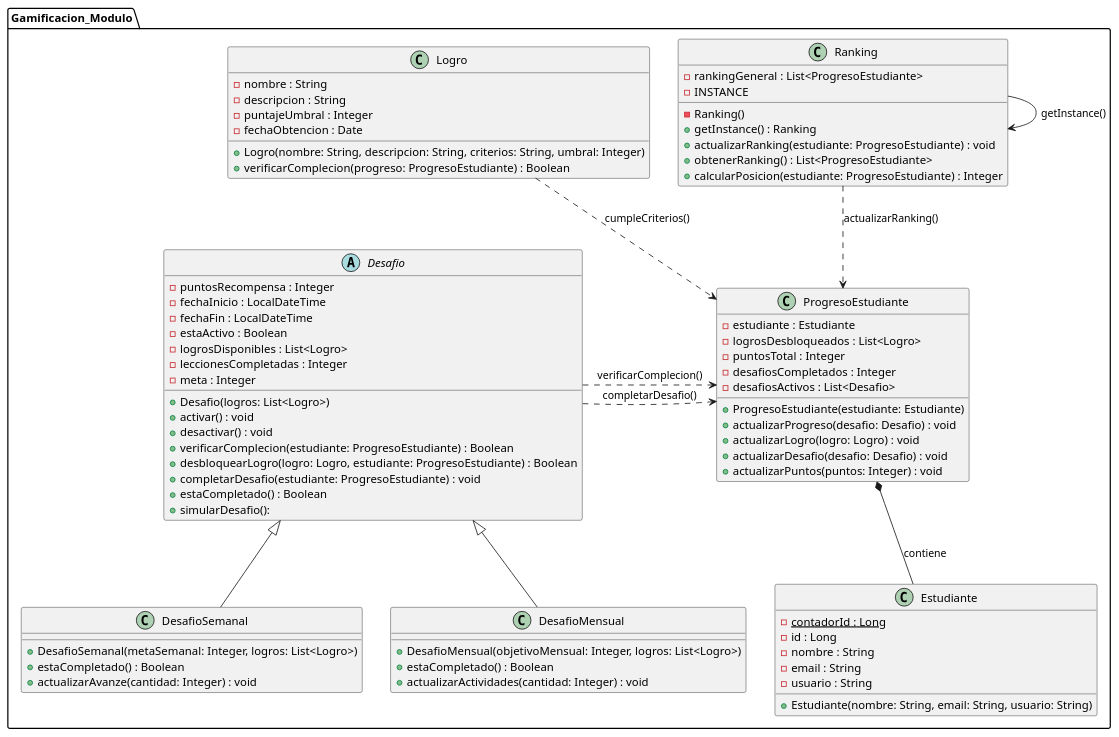
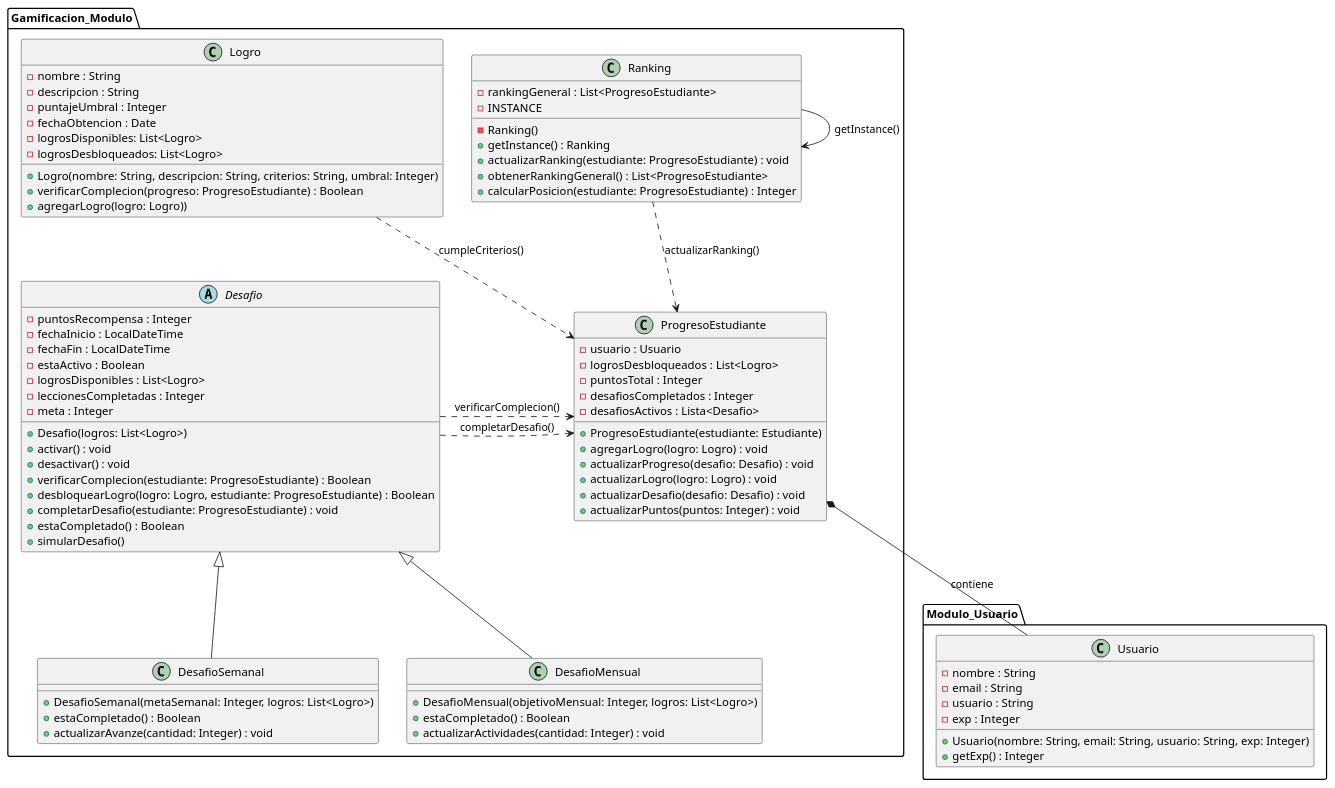
Before and after one commit to FernandoHuilca/HelloCode_Software: the diagram in src/main/java/Gamificacion_Modulo/Gamificación_Diagrama/DiagramaClasesGamificacion.puml, drawn with PlantUML. The commit also changed 1 other file, not shown here.

Commit message:
Actualizacion del diagrama de clases de gamificacion

```diff
--- a/src/main/java/Gamificacion_Modulo/Gamificación_Diagrama/DiagramaClasesGamificacion.puml
+++ b/src/main/java/Gamificacion_Modulo/Gamificación_Diagrama/DiagramaClasesGamificacion.puml
@@ -1,101 +1,104 @@
 @startuml
+package Modulo_Usuario {
 
+    class Usuario {
+            - nombre : String
+            - email : String
+            - usuario : String
+            - exp : Integer
+            + Usuario(nombre: String, email: String, usuario: String, exp: Integer)
+            + getExp() : Integer
+        }
+
+}
 
 package "Gamificacion_Modulo" {
-
-    class Estudiante {
-        - {static} contadorId : Long
-        - id : Long
-        - nombre : String
-        - email : String
-        - usuario : String
-
-        + Estudiante(nombre: String, email: String, usuario: String)
-
-    }
 
     class Logro {
         - nombre : String
         - descripcion : String
         - puntajeUmbral : Integer
         - fechaObtencion : Date
-
+        - logrosDisponibles: List<Logro>
+        - logrosDesbloqueados: List<Logro>
         + Logro(nombre: String, descripcion: String, criterios: String, umbral: Integer)
         + verificarComplecion(progreso: ProgresoEstudiante) : Boolean
+        'Hablar de agregarLogro
+        +agregarLogro(logro: Logro))
     }
 
     abstract class Desafio {
         - puntosRecompensa : Integer
         - fechaInicio : LocalDateTime
         - fechaFin : LocalDateTime
         - estaActivo : Boolean
         - logrosDisponibles : List<Logro>
         - leccionesCompletadas : Integer
         - meta : Integer
         'Cual es la diferencia entre verificarComplecion y estaCompletado?
         + Desafio(logros: List<Logro>)
         + activar() : void
         + desactivar() : void
         + verificarComplecion(estudiante: ProgresoEstudiante) : Boolean
         + desbloquearLogro(logro: Logro, estudiante: ProgresoEstudiante) : Boolean
         + completarDesafio(estudiante: ProgresoEstudiante) : void
         + estaCompletado() : Boolean
-        + simularDesafio():
+        + simularDesafio()
     }
 
     class DesafioSemanal {
 
         + DesafioSemanal(metaSemanal: Integer, logros: List<Logro>)
         + estaCompletado() : Boolean
         + actualizarAvanze(cantidad: Integer) : void
     }
 
     class DesafioMensual {
 
         + DesafioMensual(objetivoMensual: Integer, logros: List<Logro>)
         + estaCompletado() : Boolean
         + actualizarActividades(cantidad: Integer) : void
     }
 
     class ProgresoEstudiante {
-        - estudiante : Estudiante
+        - usuario : Usuario
         - logrosDesbloqueados : List<Logro>
         - puntosTotal : Integer
         - desafiosCompletados : Integer
-        - desafiosActivos : List<Desafio>
+        - desafiosActivos : Lista<Desafio>
 
         + ProgresoEstudiante(estudiante: Estudiante)
+        + agregarLogro(logro: Logro) : void
         + actualizarProgreso(desafio: Desafio) : void
         + actualizarLogro(logro: Logro) : void
         + actualizarDesafio(desafio: Desafio) : void
         + actualizarPuntos(puntos: Integer) : void
     }
 
     class Ranking {
         - rankingGeneral : List<ProgresoEstudiante>
         -INSTANCE
-
         - Ranking()
         + getInstance() : Ranking
         + actualizarRanking(estudiante: ProgresoEstudiante) : void
-        + obtenerRanking() : List<ProgresoEstudiante>
+        + obtenerRankingGeneral() : List<ProgresoEstudiante>
         + calcularPosicion(estudiante: ProgresoEstudiante) : Integer
     }
     Ranking ->Ranking: getInstance()
     ' Relaciones de Herencia
     Desafio <|-- DesafioSemanal
     Desafio <|-- DesafioMensual
 
     ' Relaciones de Composición
-    ProgresoEstudiante *-- Estudiante : "contiene"
+    ProgresoEstudiante *-- Usuario : "contiene"
 
 
     ' Relaciones de Dependencia
     Logro ..> ProgresoEstudiante : "cumpleCriterios()"
     Desafio .> ProgresoEstudiante : "verificarComplecion()"
     Desafio .> ProgresoEstudiante : "completarDesafio()"
     Ranking ..> ProgresoEstudiante : "actualizarRanking()"
 
 }
 
 @enduml
```
